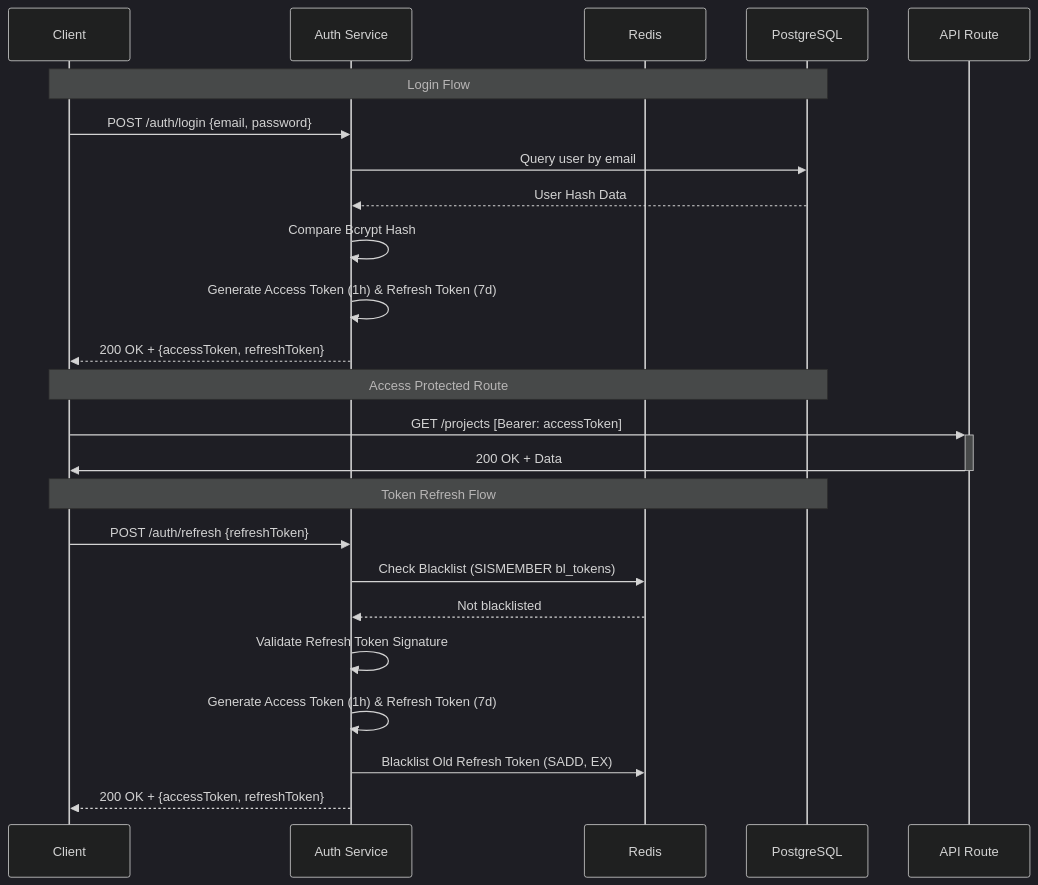
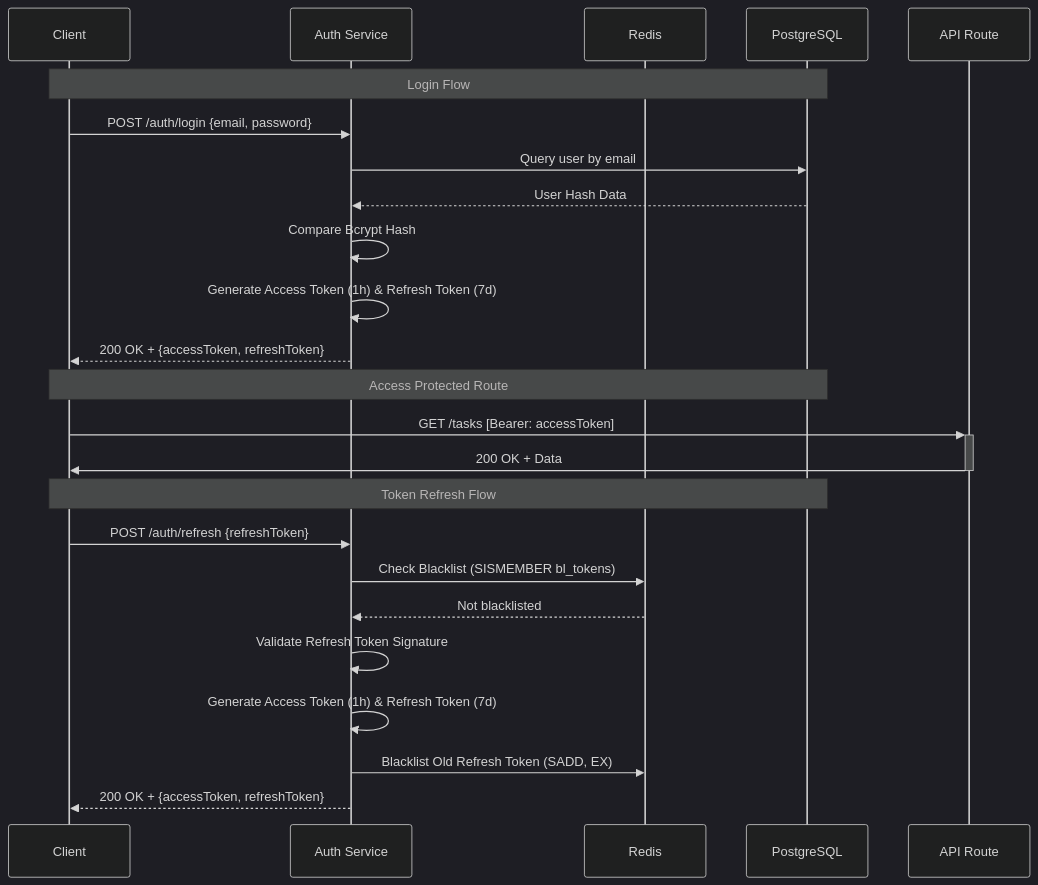
The second of 4 diagrams in README.md (mika1511/Task-Manager), drawn with Mermaid (dark theme) before and after one commit. The commit also changed other lines of this file, not shown here.

````diff
--- a/README.md
+++ b/README.md
@@ -163,28 +148,28 @@
 ```mermaid
 sequenceDiagram
     participant C as Client
     participant A as Auth Service
     participant R as Redis
     participant P as PostgreSQL
 
     Note over C,P: Login Flow
     C->>A: POST /auth/login {email, password}
     A->>P: Query user by email
     P-->>A: User Hash Data
     A->>A: Compare Bcrypt Hash
     A->>A: Generate Access Token (1h) & Refresh Token (7d)
     A-->>C: 200 OK + {accessToken, refreshToken}
 
     Note over C,P: Access Protected Route
-    C->>+API Route: GET /projects [Bearer: accessToken]
+    C->>+API Route: GET /tasks [Bearer: accessToken]
     API Route->>-C: 200 OK + Data
 
     Note over C,P: Token Refresh Flow
     C->>A: POST /auth/refresh {refreshToken}
     A->>R: Check Blacklist (SISMEMBER bl_tokens)
     R-->>A: Not blacklisted
     A->>A: Validate Refresh Token Signature
     A->>A: Generate Access Token (1h) & Refresh Token (7d)
     A->>R: Blacklist Old Refresh Token (SADD, EX)
     A-->>C: 200 OK + {accessToken, refreshToken}
 ```
````
